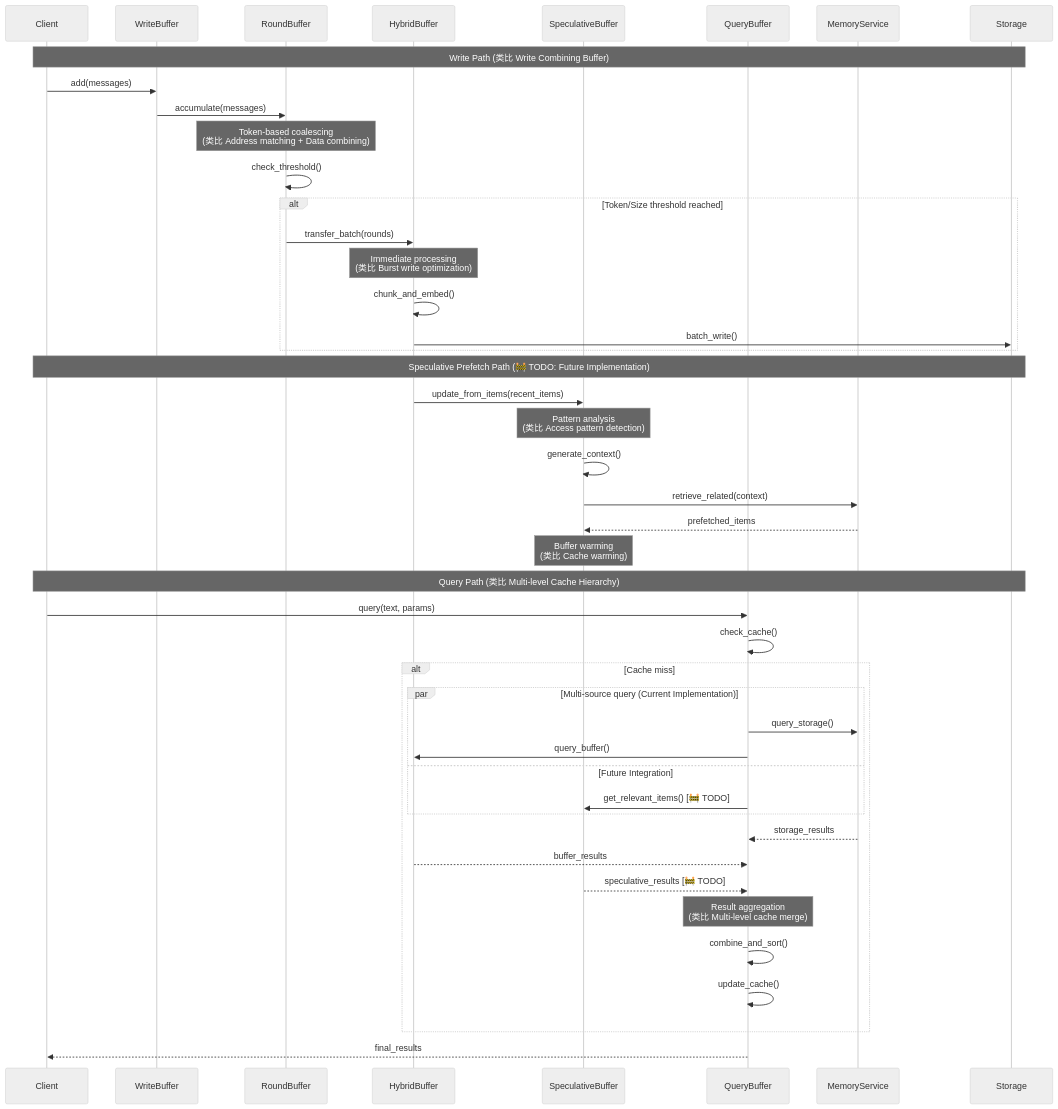
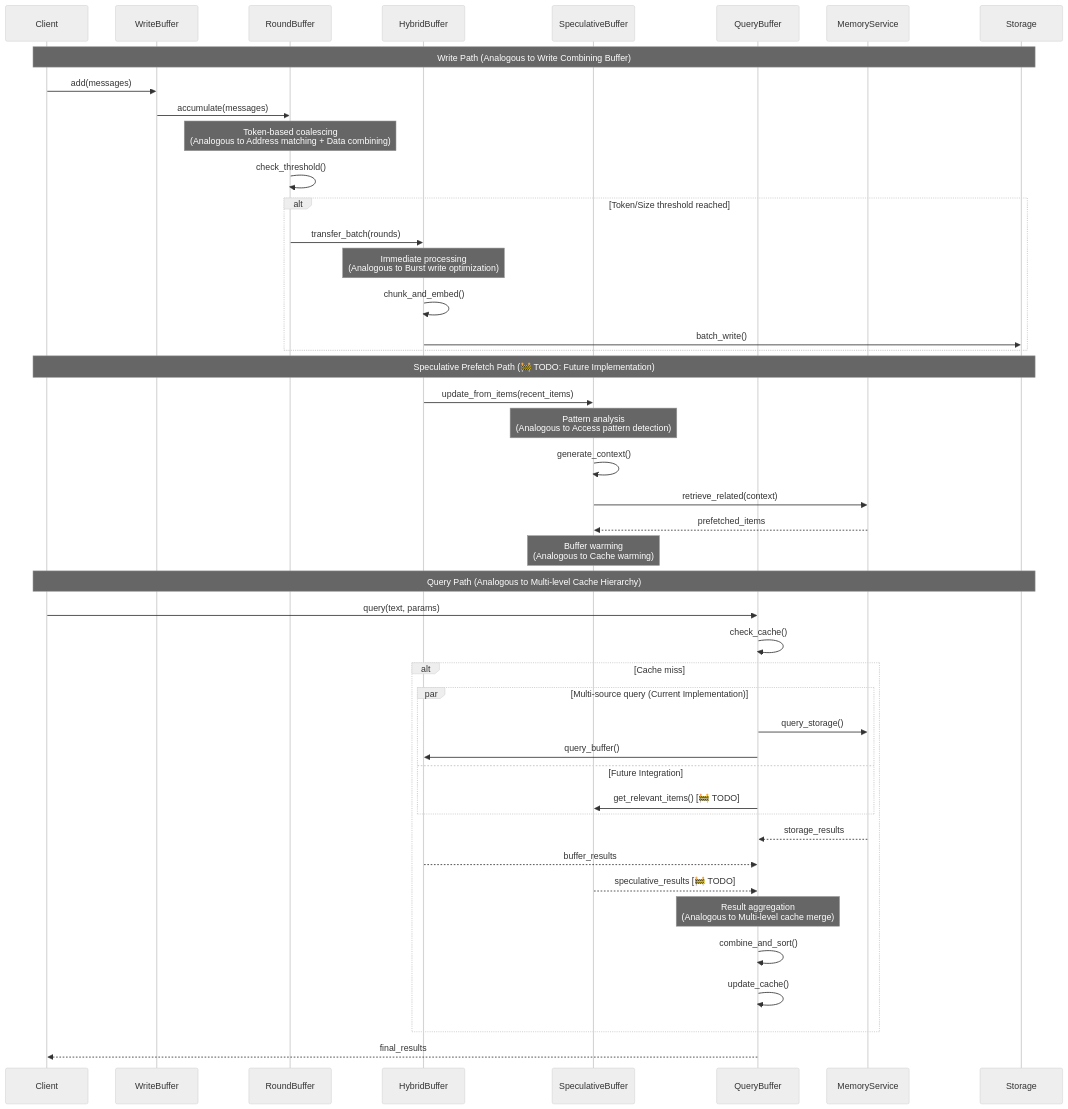
One commit to memfuse/memfuse changed diagram 16 of 25 in docs/architecture/buffer.md. Above: the diagram before and after it, drawn with Mermaid (neutral theme). The commit also changed other lines of this file and 40 other files, not shown here.

First line of the commit message:
feat(buffer): update architecture and implementation status

````diff
--- a/docs/architecture/buffer.md
+++ b/docs/architecture/buffer.md
@@ -595,54 +693,54 @@
 ```mermaid
 sequenceDiagram
     participant Client
     participant WriteBuffer
     participant RoundBuffer
     participant HybridBuffer
     participant SpeculativeBuffer
     participant QueryBuffer
     participant MemoryService
     participant Storage
 
-    Note over Client, Storage: Write Path (类比 Write Combining Buffer)
+    Note over Client, Storage: Write Path (Analogous to Write Combining Buffer)
     Client->>WriteBuffer: add(messages)
     WriteBuffer->>RoundBuffer: accumulate(messages)
-    Note over RoundBuffer: Token-based coalescing<br/>(类比 Address matching + Data combining)
+    Note over RoundBuffer: Token-based coalescing<br/>(Analogous to Address matching + Data combining)
 
     RoundBuffer->>RoundBuffer: check_threshold()
     alt Token/Size threshold reached
         RoundBuffer->>HybridBuffer: transfer_batch(rounds)
-        Note over HybridBuffer: Immediate processing<br/>(类比 Burst write optimization)
+        Note over HybridBuffer: Immediate processing<br/>(Analogous to Burst write optimization)
         HybridBuffer->>HybridBuffer: chunk_and_embed()
         HybridBuffer->>Storage: batch_write()
     end
 
     Note over Client, Storage: Speculative Prefetch Path (🚧 TODO: Future Implementation)
     HybridBuffer->>SpeculativeBuffer: update_from_items(recent_items)
-    Note over SpeculativeBuffer: Pattern analysis<br/>(类比 Access pattern detection)
+    Note over SpeculativeBuffer: Pattern analysis<br/>(Analogous to Access pattern detection)
     SpeculativeBuffer->>SpeculativeBuffer: generate_context()
     SpeculativeBuffer->>MemoryService: retrieve_related(context)
     MemoryService-->>SpeculativeBuffer: prefetched_items
-    Note over SpeculativeBuffer: Buffer warming<br/>(类比 Cache warming)
+    Note over SpeculativeBuffer: Buffer warming<br/>(Analogous to Cache warming)
 
-    Note over Client, Storage: Query Path (类比 Multi-level Cache Hierarchy)
+    Note over Client, Storage: Query Path (Analogous to Multi-level Cache Hierarchy)
     Client->>QueryBuffer: query(text, params)
     QueryBuffer->>QueryBuffer: check_cache()
     alt Cache miss
         par Multi-source query (Current Implementation)
             QueryBuffer->>MemoryService: query_storage()
             QueryBuffer->>HybridBuffer: query_buffer()
         and Future Integration
             QueryBuffer->>SpeculativeBuffer: get_relevant_items() [🚧 TODO]
         end
 
         MemoryService-->>QueryBuffer: storage_results
         HybridBuffer-->>QueryBuffer: buffer_results
         SpeculativeBuffer-->>QueryBuffer: speculative_results [🚧 TODO]
 
-        Note over QueryBuffer: Result aggregation<br/>(类比 Multi-level cache merge)
+        Note over QueryBuffer: Result aggregation<br/>(Analogous to Multi-level cache merge)
         QueryBuffer->>QueryBuffer: combine_and_sort()
         QueryBuffer->>QueryBuffer: update_cache()
     end
 
     QueryBuffer-->>Client: final_results
 ```
````
